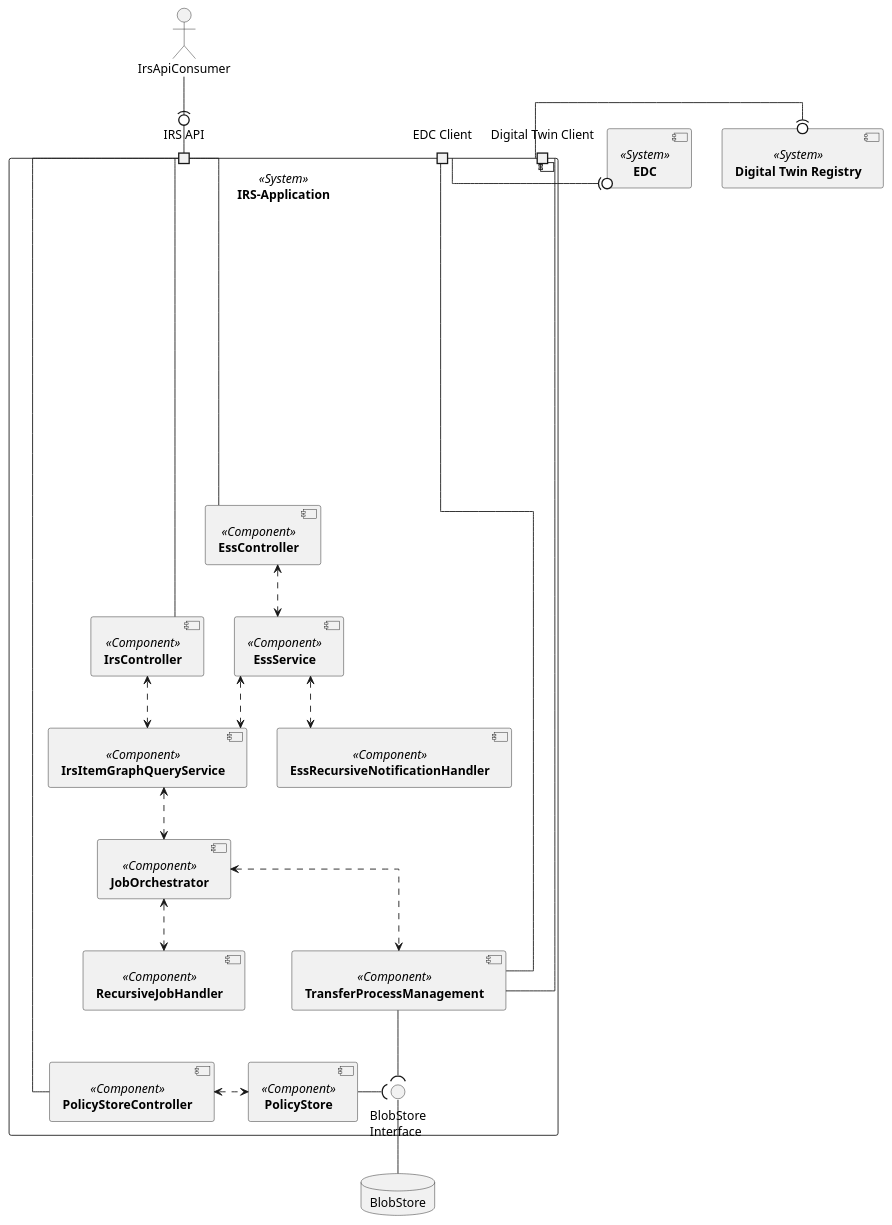
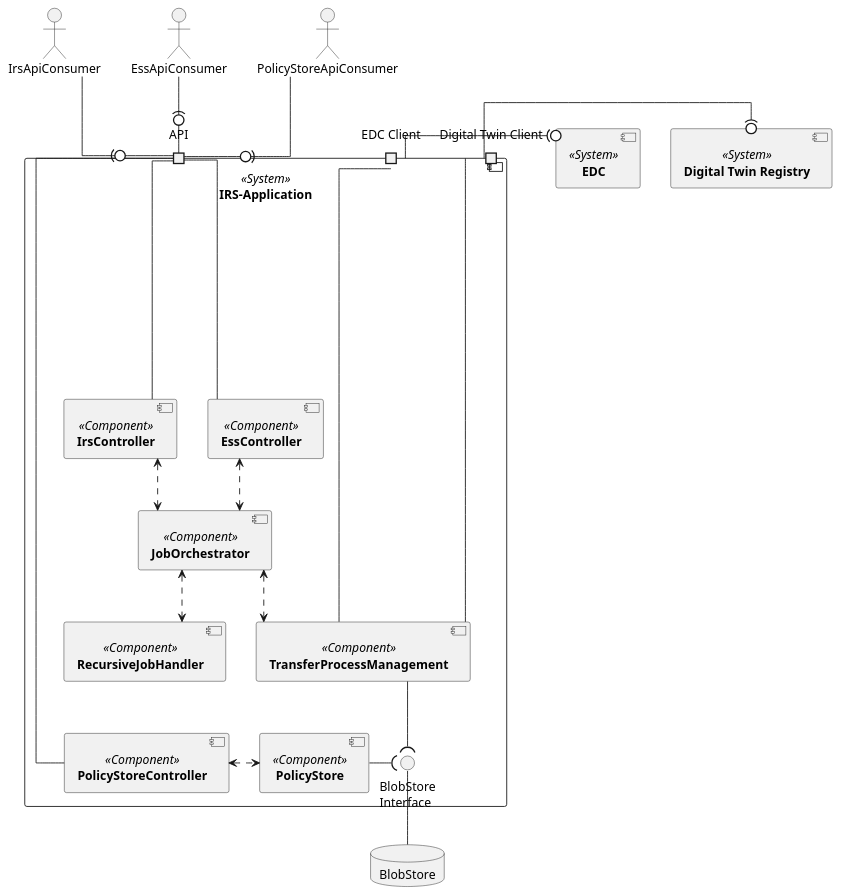
One commit to eclipse-tractusx/item-relationship-service changed the diagram in docs/src/uml-diagrams/building-block-view/building-block-view.puml. Above: the diagram before and after it, drawn with PlantUML. The commit also changed 3 other files, not shown here.

```diff
--- a/docs/src/uml-diagrams/building-block-view/building-block-view.puml
+++ b/docs/src/uml-diagrams/building-block-view/building-block-view.puml
@@ -1,57 +1,55 @@
 @startuml
 skinparam monochrome true
 skinparam shadowing false
 skinparam linetype ortho
 skinparam defaultFontName "Architects daughter"
 
 
  component [**IRS-Application**] <<System>> as IRS {
     component [**RecursiveJobHandler**] <<Component>> as RecursiveJobHandler
     component [**IrsController**] <<Component>> as IrsController
     component [**PolicyStoreController**] <<Component>> as PolicyStoreController
     component [**EssController**] <<Component>> as EssController
-    component [**IrsItemGraphQueryService**] <<Component>> as IrsItemGraphQueryService
     component [**JobOrchestrator**] <<Component>> as JobOrchestrator
     component [**TransferProcessManagement**] <<Component>> as TransferProcessManagement
     component [**PolicyStore**] <<Component>> as PolicyStore
-    component [**EssService**] <<Component>> as EssService
-    component [**EssRecursiveNotificationHandler**] <<Component>> as EssRecursiveNotificationHandler
 
 
-    port "IRS API" as API_PORT
+    port "API" as API_PORT
     port "Digital Twin Client" as AAS_PORT
     port "EDC Client" as EDC_PORT
 
     () "BlobStore\nInterface" as StoreInterface
 
 
-    IrsController <..> IrsItemGraphQueryService
-    IrsItemGraphQueryService <..> JobOrchestrator
+    IrsController <..> JobOrchestrator
     JobOrchestrator <..> TransferProcessManagement
     JobOrchestrator <..> RecursiveJobHandler
     TransferProcessManagement --( StoreInterface
     PolicyStore -( StoreInterface
     PolicyStoreController <.> PolicyStore
-    EssController <..> EssService
-    EssService <..> IrsItemGraphQueryService
-    EssService <..> EssRecursiveNotificationHandler
+    EssController <..> JobOrchestrator
 
 }
 component [**Digital Twin Registry**] <<System>> as DTR
 component [**EDC**] <<System>> as EDC
 actor IrsApiConsumer
+actor EssApiConsumer
+actor PolicyStoreApiConsumer
 IrsController -up- API_PORT
 PolicyStoreController -down- API_PORT
 EssController -down- API_PORT
 IrsApiConsumer -(0- API_PORT
+EssApiConsumer -(0- API_PORT
+PolicyStoreApiConsumer -(0- API_PORT
 
 
 TransferProcessManagement --- AAS_PORT
 TransferProcessManagement --- EDC_PORT
 AAS_PORT --right-(0 DTR
 EDC_PORT --right-(0 EDC
 
 database "BlobStore" as BlobStore
 StoreInterface -down- BlobStore
 
 @enduml
```
